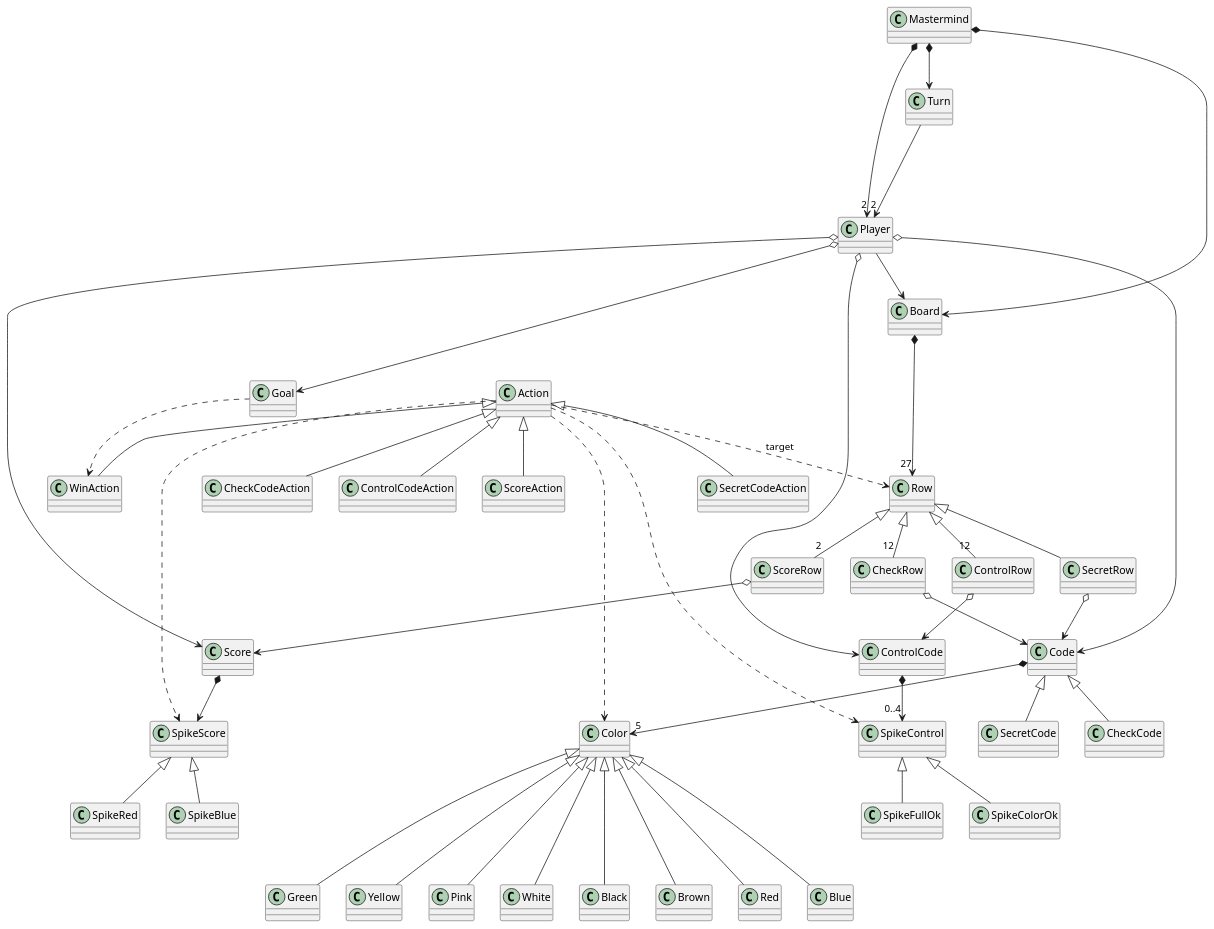
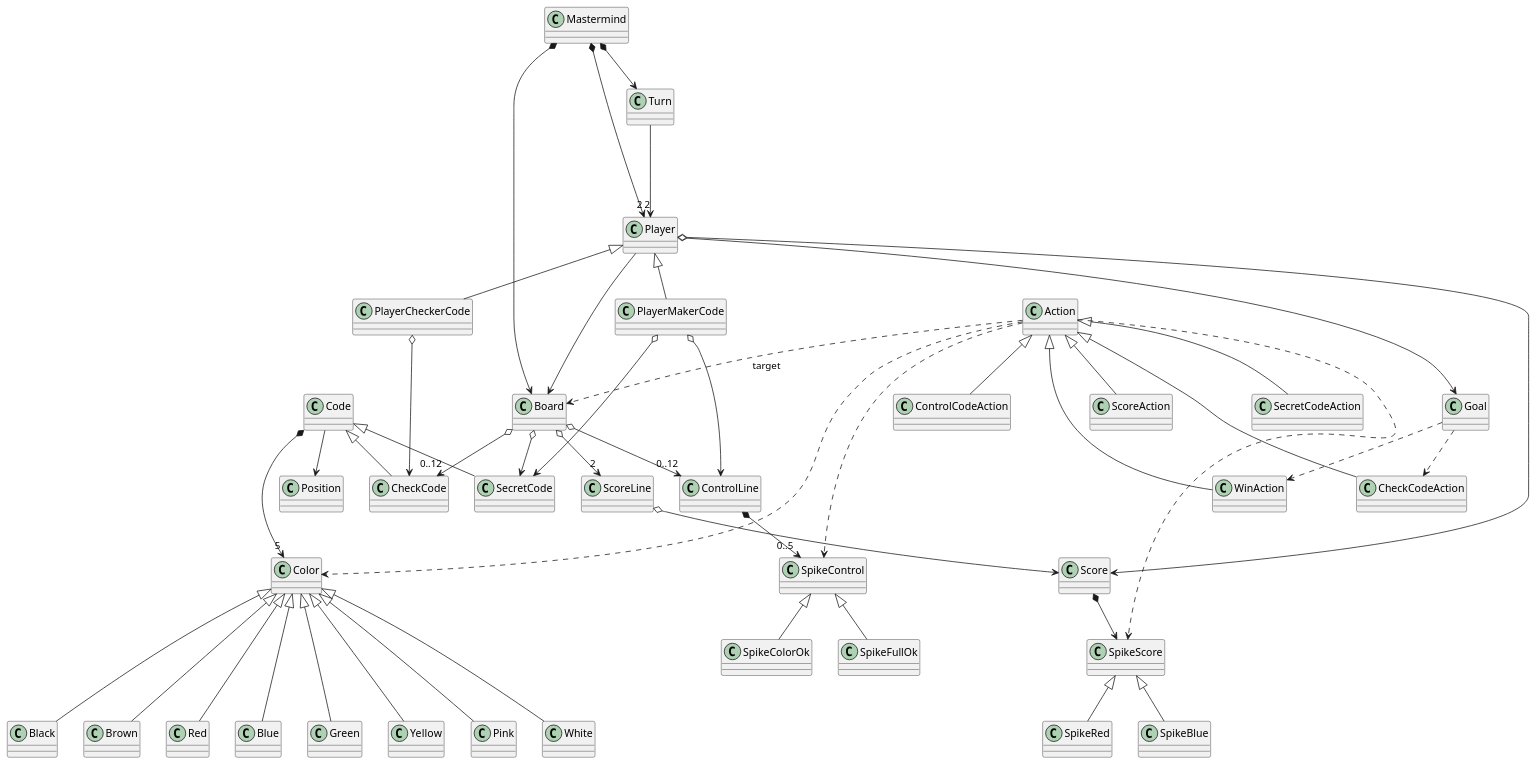
Before and after one commit to Master-Desarrollo-20-21/ejercicio-2-modelo-de-dominio-mastermind-kiarras: the diagram in mastermind.wsd, drawn with PlantUML.

Commit message:
Revision 2

```diff
--- a/mastermind.wsd
+++ b/mastermind.wsd
@@ -1,62 +1,63 @@
 @startuml mastermind
 Mastermind *-down-> Board
 Mastermind *-down-> "2" Player
 Mastermind *-down-> Turn
 
-Board *---> "27" Row
+Board o-down-> "0..12" CheckCode
+
+Board o-down-> "0..12" ControlLine
+Board o-down-> SecretCode
+Board o-down-> "2" ScoreLine
+
+ScoreLine o-down-> Score
+
+
+PlayerCheckerCode o---> CheckCode
+PlayerMakerCode o---> SecretCode
+PlayerMakerCode o---> ControlLine
+Player o---> Score
+
+Player --> Board
+Player o---> Goal
 together {
-Row <|-down- "12" CheckRow
-Row <|-down- "12" ControlRow
-Row <|-down- SecretRow
-Row <|-down-"2" ScoreRow
+Player <|-- PlayerMakerCode
+Player <|-- PlayerCheckerCode
 }
-
-CheckRow o-down-> Code
-SecretRow o-down-> Code
-ScoreRow o-down-> Score
-ControlRow o-down-> ControlCode
-
-together {
-Player o-down-> Code
-Player o-down-> ControlCode
-Player o-down-> Score
-}
-Player --> Board
-Player o--> Goal
-
 Action <|-down- SecretCodeAction
 Action <|-down- CheckCodeAction
 Action <|-down- ControlCodeAction
 Action <|-down- ScoreAction
 Action <|-down- WinAction
 Turn ---> "2" Player
 
-Code *-down-> "5" Color
-together {
+
+Code *---> "5" Color
 Code <|-down- SecretCode
 Code <|-down- CheckCode
-}
-ControlCode *-down-> "0..4" SpikeControl
+Code --> Position
+
+ControlLine *-down-> "0..5" SpikeControl
 Score *-down-> SpikeScore
 
 Color <|--- Red
 Color <|--- Blue
 Color <|--- Green
 Color <|--- Yellow
 Color <|--- Pink
 Color <|--- White
 Color <|--- Black
 Color <|--- Brown
 
 SpikeControl <|-down- SpikeFullOk
 SpikeControl <|-down- SpikeColorOk
 SpikeScore <|-down- SpikeRed
 SpikeScore <|-down- SpikeBlue
 
 Goal ..> WinAction
+Goal ..> CheckCodeAction
 
 Action ..> Color
 Action ..> SpikeScore
 Action ..> SpikeControl
-Action ..> Row : target
+Action ..> Board : target
 @enduml
```
